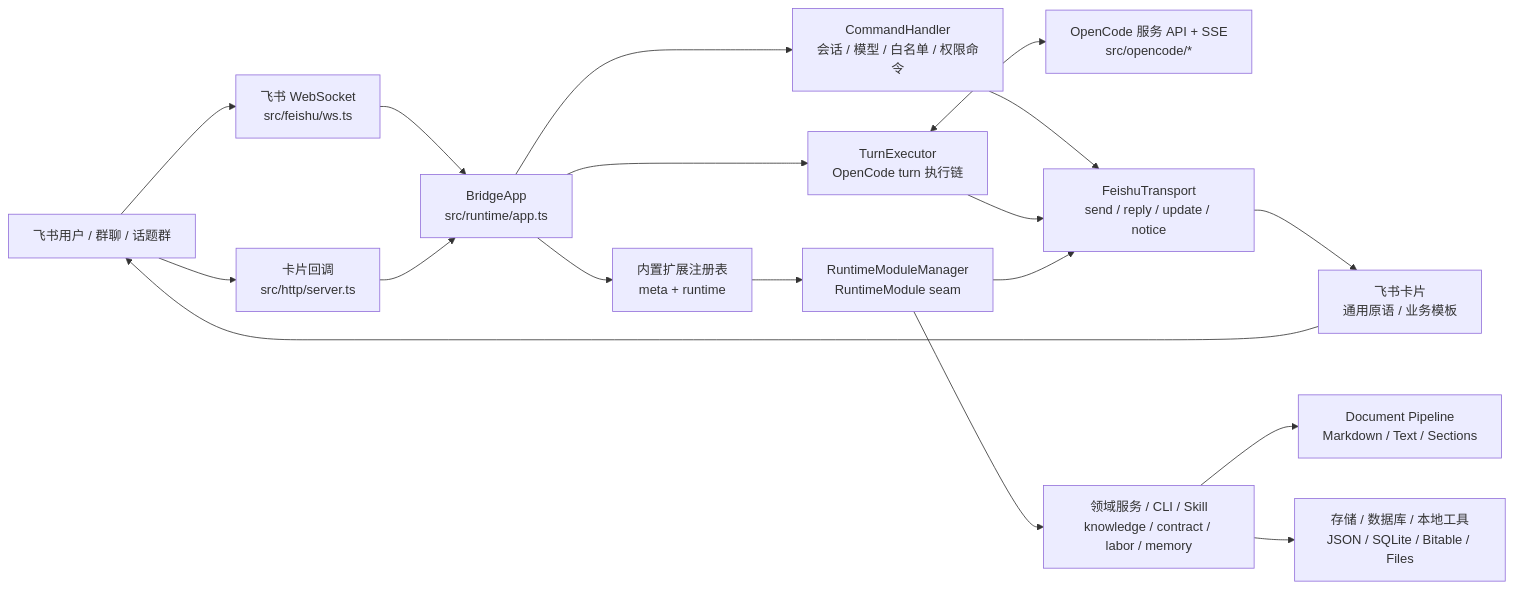
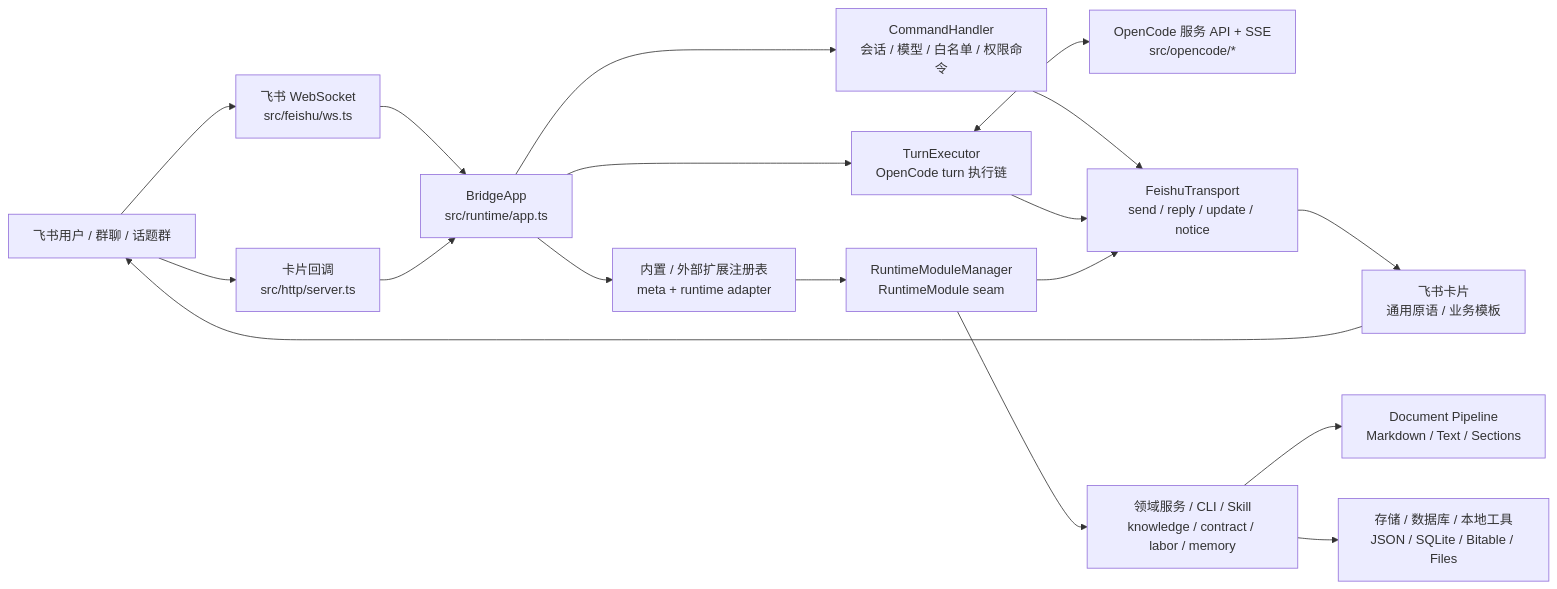
The first of 2 diagrams in README.md (Clukay-Fun/feishu-opencode-bridge), drawn with Mermaid before and after one commit. The commit also changed other lines of this file and 34 other files, not shown here.

````diff
--- a/README.md
+++ b/README.md
@@ -61,24 +62,24 @@
 ```mermaid
 flowchart LR
     user["飞书用户 / 群聊 / 话题群"] --> ws["飞书 WebSocket<br/>src/feishu/ws.ts"]
     user --> callback["卡片回调<br/>src/http/server.ts"]
 
     ws --> app["BridgeApp<br/>src/runtime/app.ts"]
     callback --> app
 
     app --> command["CommandHandler<br/>会话 / 模型 / 白名单 / 权限命令"]
     app --> executor["TurnExecutor<br/>OpenCode turn 执行链"]
-    app --> extensions["内置扩展注册表<br/>meta + runtime"]
+    app --> extensions["内置 / 外部扩展注册表<br/>meta + runtime adapter"]
     extensions --> modules["RuntimeModuleManager<br/>RuntimeModule seam"]
 
     executor <--> opencode["OpenCode 服务 API + SSE<br/>src/opencode/*"]
     modules --> services["领域服务 / CLI / Skill<br/>knowledge / contract / labor / memory"]
     services --> pipeline["Document Pipeline<br/>Markdown / Text / Sections"]
     services --> stores["存储 / 数据库 / 本地工具<br/>JSON / SQLite / Bitable / Files"]
 
     command --> transport["FeishuTransport<br/>send / reply / update / notice"]
     executor --> transport
     modules --> transport
     transport --> cards["飞书卡片<br/>通用原语 / 业务模板"]
     cards --> user
 ```
````
